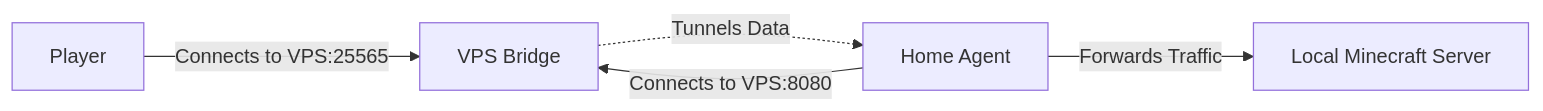
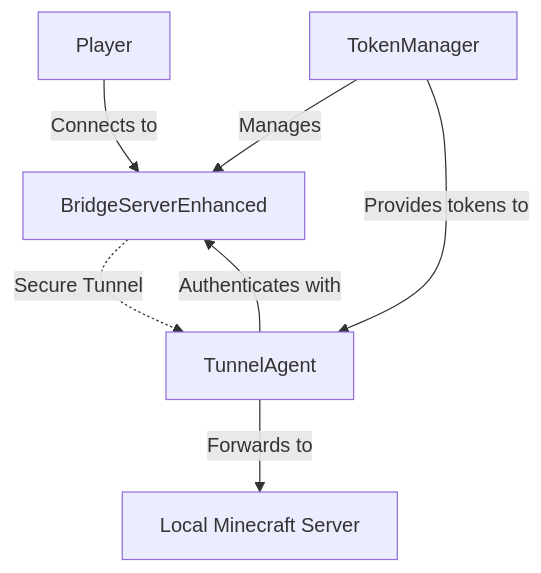
Before and after one commit to nglmercer/minecraft-proxy: the sixth of 8 diagrams in docs/architecture.md, drawn with Mermaid. The commit also changed other lines of this file and 16 other files, not shown here.

````diff
--- a/docs/architecture.md
+++ b/docs/architecture.md
@@ -27,7 +108,11 @@
 ```mermaid
-graph LR
-    A[Player] -->|Connects to VPS:25565| B[VPS Bridge]
-    C[Home Agent] -->|Connects to VPS:8080| B
-    C -->|Forwards Traffic| D[Local Minecraft Server]
-    B -.->|Tunnels Data| C
+graph TB
+    A[Player] -->|Connects to| B[BridgeServerEnhanced]
+    C[TunnelAgent] -->|Authenticates with| B
+    C -->|Forwards to| D[Local Minecraft Server]
+    
+    E[TokenManager] -->|Manages| B
+    E -->|Provides tokens to| C
+    
+    B -.->|Secure Tunnel| C
 ```
````
